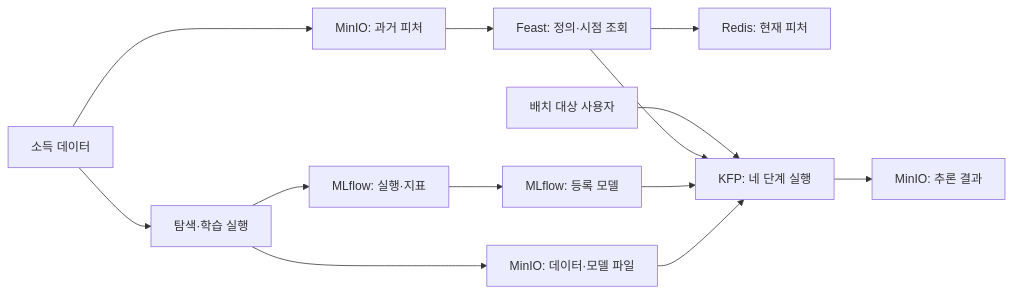
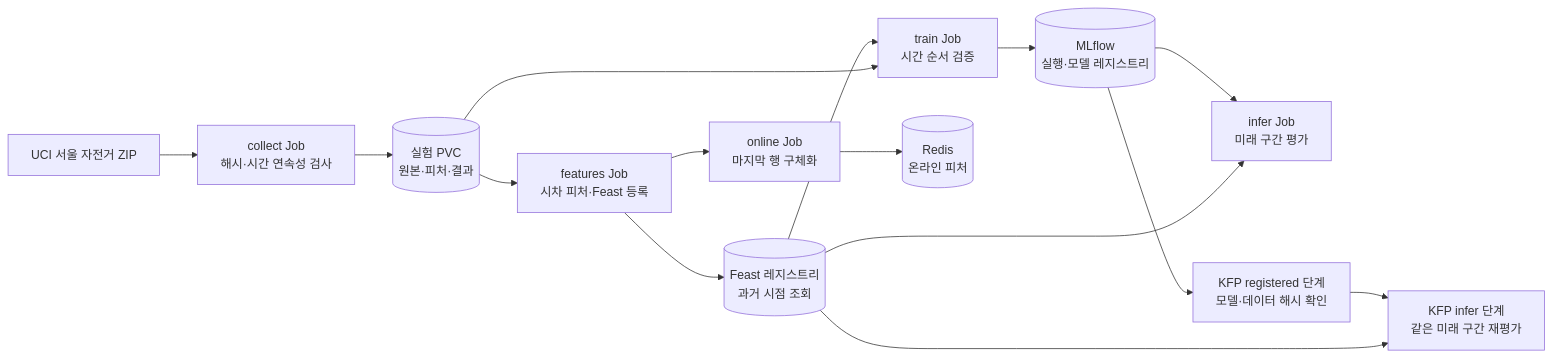
The first of 3 diagrams in blog/2026-10-31-ml-platform-engineering-ch4-5-practice.md (ddiiwoong/newblog), drawn with Mermaid before and after one commit. The commit also changed other lines of this file, not shown here.

First line of the commit message:
Replace: 4~5장 실습 글을 서울 공공자전거 데이터 버전으로 교체

````diff
--- a/blog/2026-10-31-ml-platform-engineering-ch4-5-practice.md
+++ b/blog/2026-10-31-ml-platform-engineering-ch4-5-practice.md
@@ -53,15 +107,17 @@
 ```mermaid
 flowchart LR
-    DATA["소득 데이터"] --> EXP["탐색·학습 실행"]
-    EXP --> TRACK["MLflow: 실행·지표"]
-    EXP --> OBJ["MinIO: 데이터·모델 파일"]
-    TRACK --> REG["MLflow: 등록 모델"]
-    DATA --> OFF["MinIO: 과거 피처"]
-    OFF --> FEAST["Feast: 정의·시점 조회"]
-    FEAST --> ONLINE["Redis: 현재 피처"]
-    INPUT["배치 대상 사용자"] --> KFP["KFP: 네 단계 실행"]
-    FEAST --> KFP
-    REG --> KFP
-    OBJ --> KFP
-    KFP --> RESULT["MinIO: 추론 결과"]
+    U["UCI 서울 자전거 ZIP"] --> C["collect Job<br/>해시·시간 연속성 검사"]
+    C --> P[("실험 PVC<br/>원본·피처·결과")]
+    P --> F["features Job<br/>시차 피처·Feast 등록"]
+    F --> R[("Feast 레지스트리<br/>과거 시점 조회")]
+    R --> T["train Job<br/>시간 순서 검증"]
+    P --> T
+    T --> M[("MLflow<br/>실행·모델 레지스트리")]
+    M --> I["infer Job<br/>미래 구간 평가"]
+    R --> I
+    F --> O["online Job<br/>마지막 행 구체화"]
+    O --> D[("Redis<br/>온라인 피처")]
+    M --> K["KFP registered 단계<br/>모델·데이터 해시 확인"]
+    K --> B["KFP infer 단계<br/>같은 미래 구간 재평가"]
+    R --> B
 ```
````
